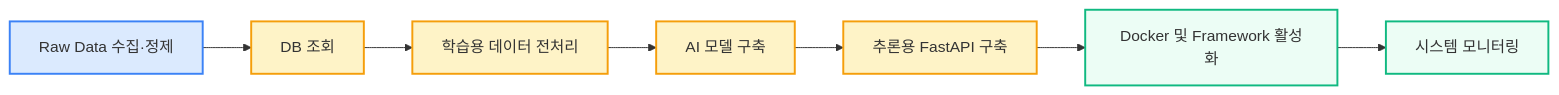
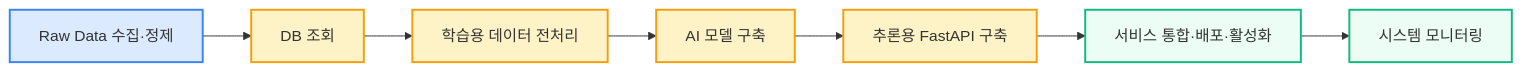
Before and after one commit to iureifjdkncd/iureifjdkncd: the diagram in README.md, drawn with Mermaid. The commit also changed other lines of this file, not shown here.

````diff
--- a/README.md
+++ b/README.md
@@ -65,15 +65,15 @@
 ```mermaid
 flowchart LR
     A[Raw Data 수집·정제]:::dev
     B[DB 조회]:::me
     C[학습용 데이터 전처리]:::me
     D[AI 모델 구축]:::me
     E[추론용 FastAPI 구축]:::me
-    F[Docker 및 Framework 활성화]:::meco
+    F[서비스 통합·배포·활성화]:::meco
     G[시스템 모니터링]:::meco
     A --> B --> C --> D --> E --> F --> G
     classDef me fill:#fef3c7,stroke:#f59e0b,stroke-width:2px;
     classDef dev fill:#dbeafe,stroke:#3b82f6,stroke-width:2px;
     classDef devco fill:#e0f2fe,stroke:#0284c7,stroke-width:2px;
     classDef meco fill:#ecfdf5,stroke:#10b981,stroke-width:2px;
 ```
````
